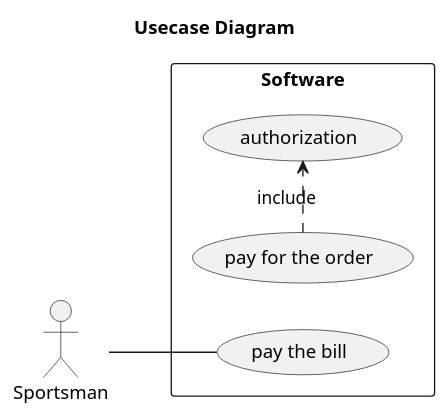
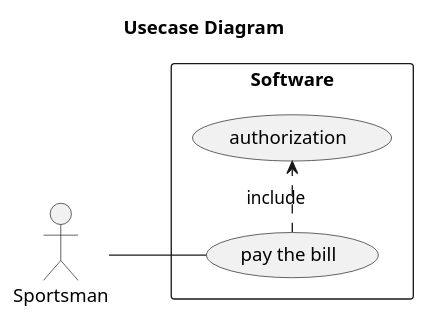
Before and after one commit to oleksandrblazhko/ai-216-zaporozhchenko: the diagram in 2-SoftwareDesign/2.7-PlantUML/UML-UseCase.puml, drawn with PlantUML.

```diff
--- a/2-SoftwareDesign/2.7-PlantUML/UML-UseCase.puml
+++ b/2-SoftwareDesign/2.7-PlantUML/UML-UseCase.puml
@@ -1,18 +1,18 @@
 @startuml
 
 title Usecase Diagram
 
 left to right direction
 
 actor Sportsman
 
 rectangle Software {
 
     usecase (pay the bill)
     usecase (authorization)
 
    :Sportsman: -- (pay the bill)
-   (pay for the order) .> (authorization) : include
+   (pay the bill) .> (authorization) : include
 }
 
 @enduml
```
